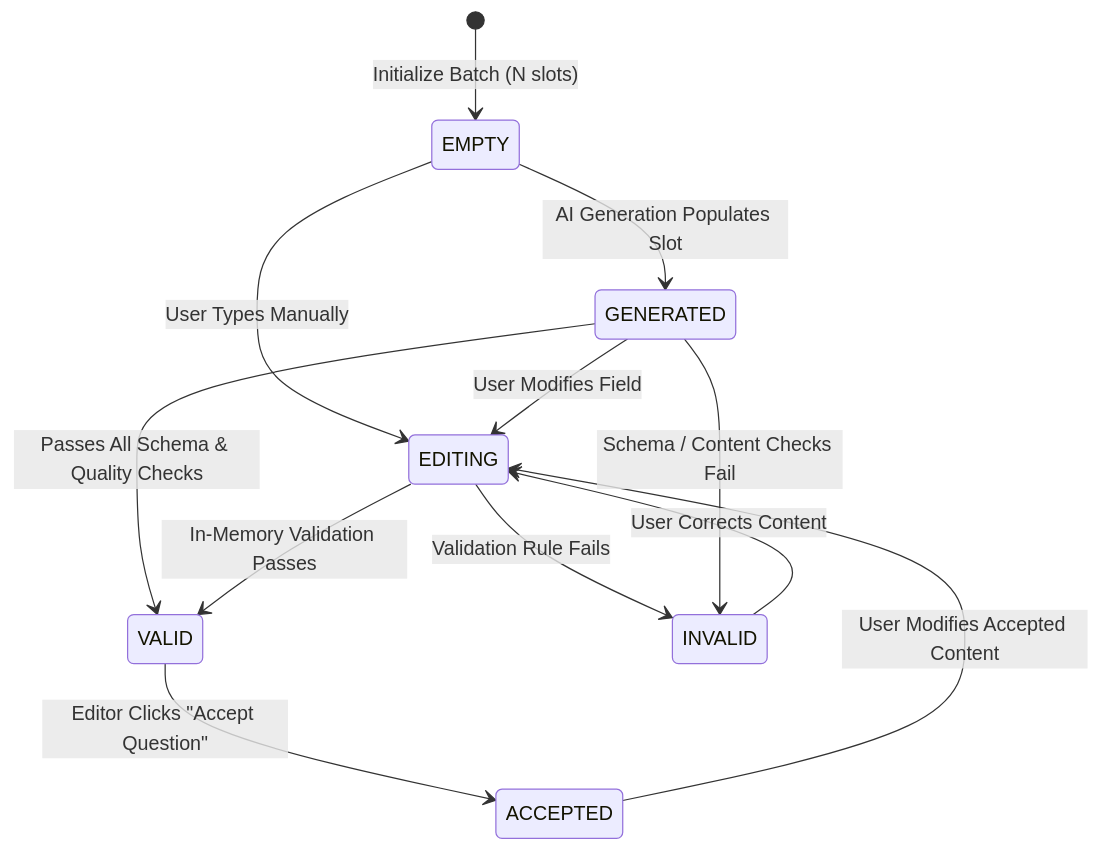
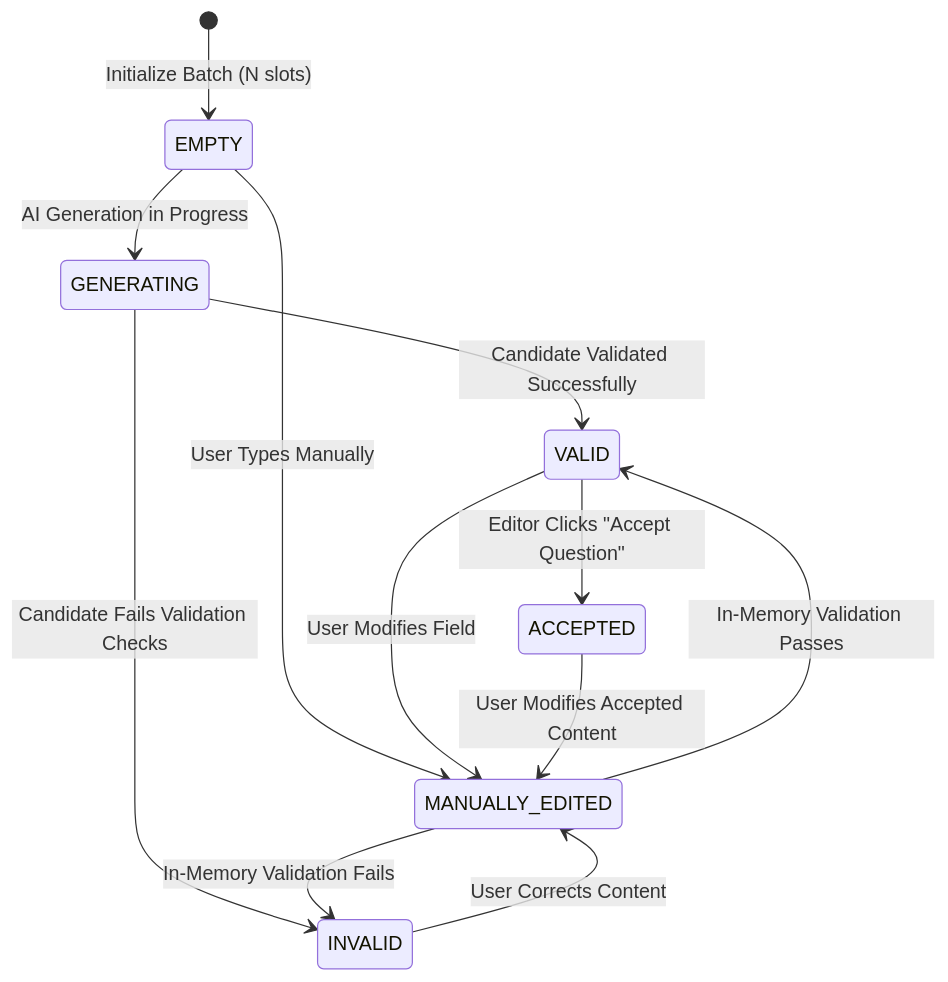
One commit to Jithendranageswarareddy/burra_pariksha_cms changed the second of 5 diagrams in docs/sprints/sprint-09/S9-T06-EDITOR-PREVIEW-INTERACTION-SPEC.md. Above: the diagram before and after it, drawn with Mermaid. The commit also changed other lines of this file and 1 other file, not shown here.

Commit message:
docs(sprint-09): reconcile S9-T06 with canonical content contract

````diff
--- a/docs/sprints/sprint-09/S9-T06-EDITOR-PREVIEW-INTERACTION-SPEC.md
+++ b/docs/sprints/sprint-09/S9-T06-EDITOR-PREVIEW-INTERACTION-SPEC.md
@@ -306,14 +322,14 @@
 ```mermaid
 stateDiagram-v2
     [*] --> EMPTY: Initialize Batch (N slots)
-    EMPTY --> GENERATED: AI Generation Populates Slot
-    EMPTY --> EDITING: User Types Manually
-    GENERATED --> EDITING: User Modifies Field
-    GENERATED --> VALID: Passes All Schema & Quality Checks
-    EDITING --> VALID: In-Memory Validation Passes
-    EDITING --> INVALID: Validation Rule Fails
-    GENERATED --> INVALID: Schema / Content Checks Fail
-    INVALID --> EDITING: User Corrects Content
+    EMPTY --> GENERATING: AI Generation in Progress
+    GENERATING --> VALID: Candidate Validated Successfully
+    GENERATING --> INVALID: Candidate Fails Validation Checks
+    EMPTY --> MANUALLY_EDITED: User Types Manually
+    VALID --> MANUALLY_EDITED: User Modifies Field
+    INVALID --> MANUALLY_EDITED: User Corrects Content
+    MANUALLY_EDITED --> VALID: In-Memory Validation Passes
+    MANUALLY_EDITED --> INVALID: In-Memory Validation Fails
     VALID --> ACCEPTED: Editor Clicks "Accept Question"
-    ACCEPTED --> EDITING: User Modifies Accepted Content
+    ACCEPTED --> MANUALLY_EDITED: User Modifies Accepted Content
 ```
````
